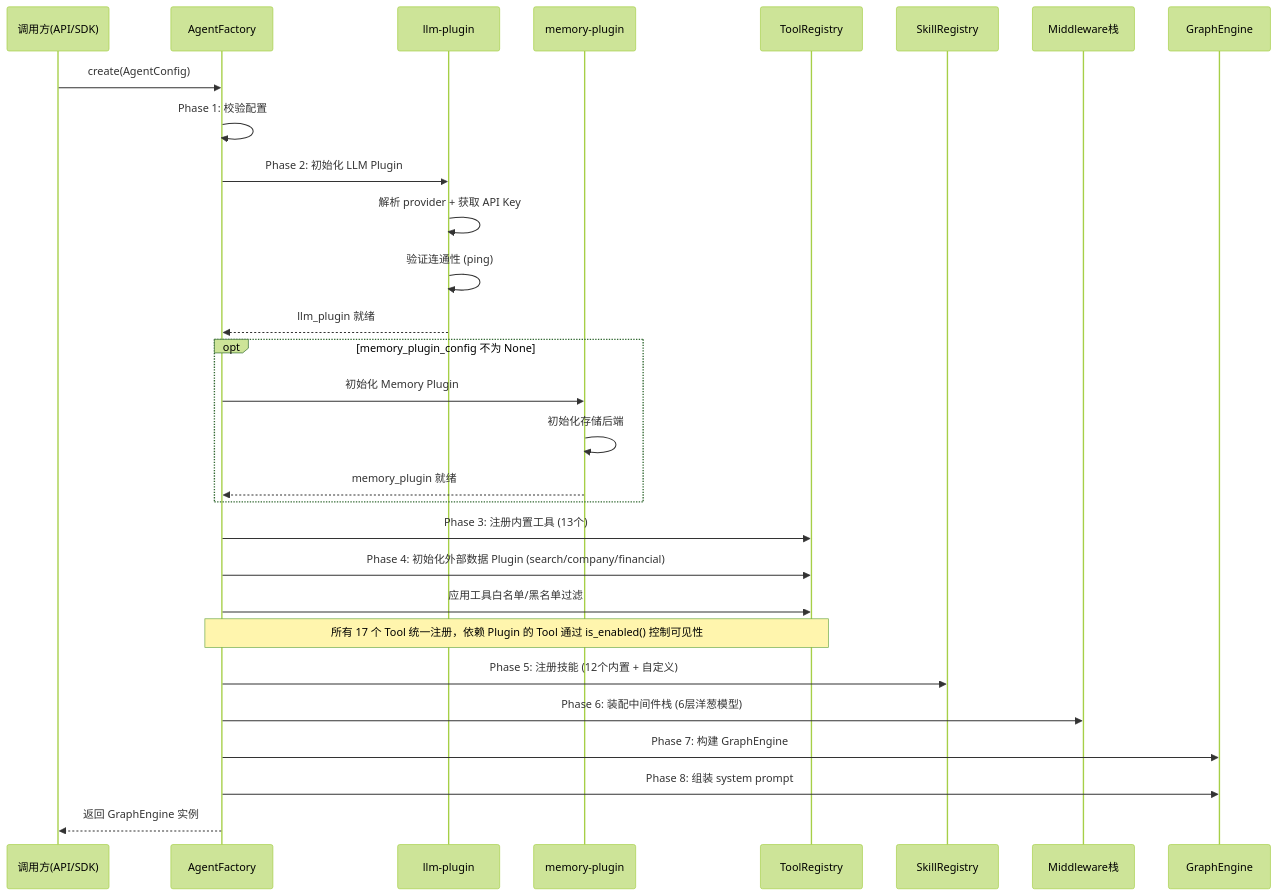
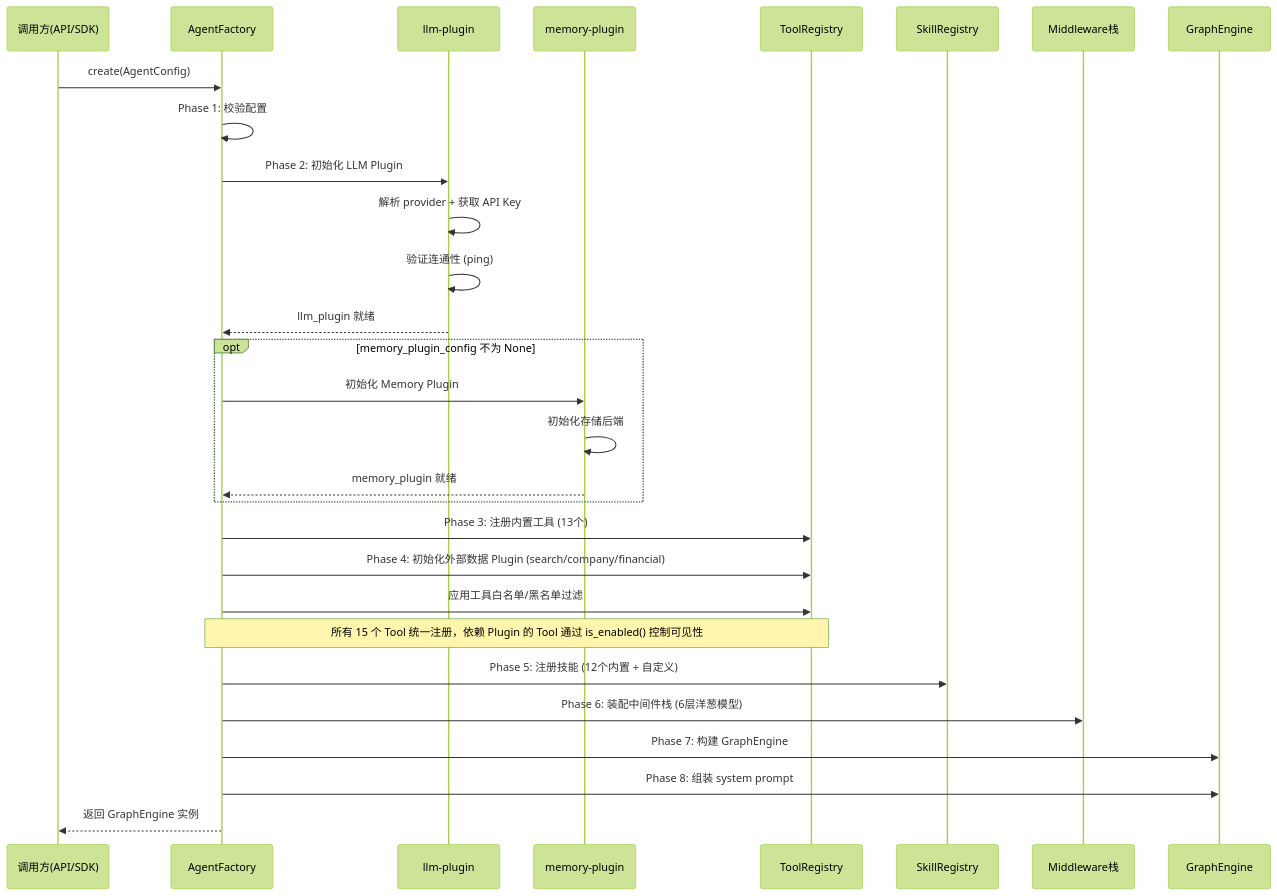
Before and after one commit to chengqipeng/ai-pm-team: the first of 2 diagrams in product-specs/agent-system/doc/Agent-Core-详细设计.md, drawn with Mermaid (forest theme). The commit also changed other lines of this file and 47 other files, not shown here.

````diff
--- a/product-specs/agent-system/doc/Agent-Core-详细设计.md
+++ b/product-specs/agent-system/doc/Agent-Core-详细设计.md
@@ -1342,40 +1330,40 @@
 ```mermaid
 sequenceDiagram
     participant Caller as 调用方(API/SDK)
     participant AF as AgentFactory
     participant LLM as llm-plugin
     participant MEM as memory-plugin
     participant TR as ToolRegistry
     participant SR as SkillRegistry
     participant MW as Middleware栈
     participant GE as GraphEngine
 
     Caller->>AF: create(AgentConfig)
     
     AF->>AF: Phase 1: 校验配置
     
     AF->>LLM: Phase 2: 初始化 LLM Plugin
     LLM->>LLM: 解析 provider + 获取 API Key
     LLM->>LLM: 验证连通性 (ping)
     LLM-->>AF: llm_plugin 就绪
     
     opt memory_plugin_config 不为 None
         AF->>MEM: 初始化 Memory Plugin
         MEM->>MEM: 初始化存储后端
         MEM-->>AF: memory_plugin 就绪
     end
     
     AF->>TR: Phase 3: 注册内置工具 (13个)
     AF->>TR: Phase 4: 初始化外部数据 Plugin (search/company/financial)
     AF->>TR: 应用工具白名单/黑名单过滤
-    Note over AF,TR: 所有 17 个 Tool 统一注册，依赖 Plugin 的 Tool 通过 is_enabled() 控制可见性
+    Note over AF,TR: 所有 15 个 Tool 统一注册，依赖 Plugin 的 Tool 通过 is_enabled() 控制可见性
     
     AF->>SR: Phase 5: 注册技能 (12个内置 + 自定义)
     
     AF->>MW: Phase 6: 装配中间件栈 (6层洋葱模型)
     
     AF->>GE: Phase 7: 构建 GraphEngine
     AF->>GE: Phase 8: 组装 system prompt
     
     AF-->>Caller: 返回 GraphEngine 实例
 ```
````
